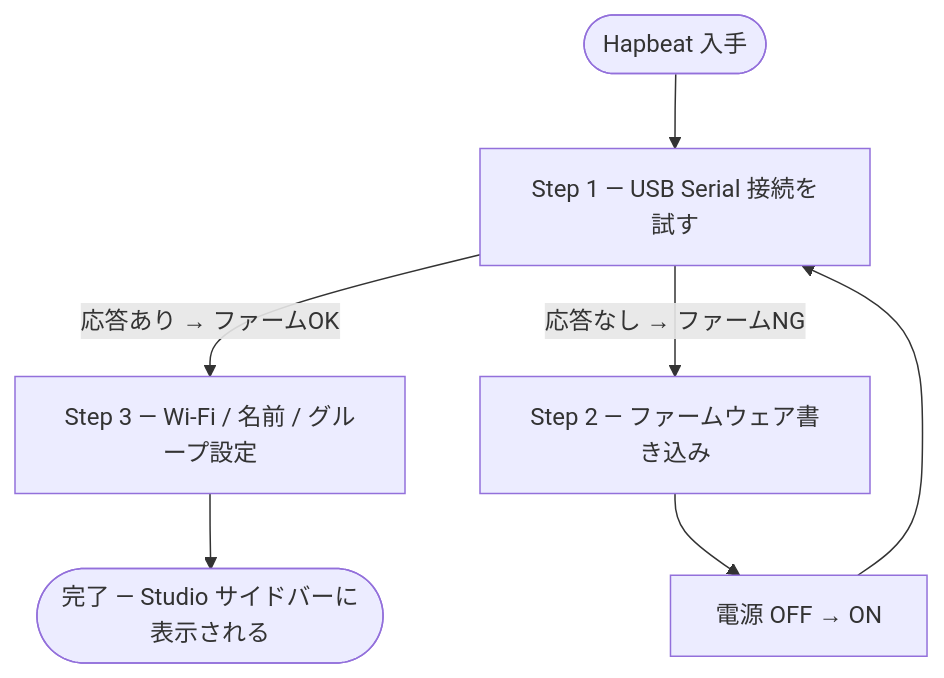
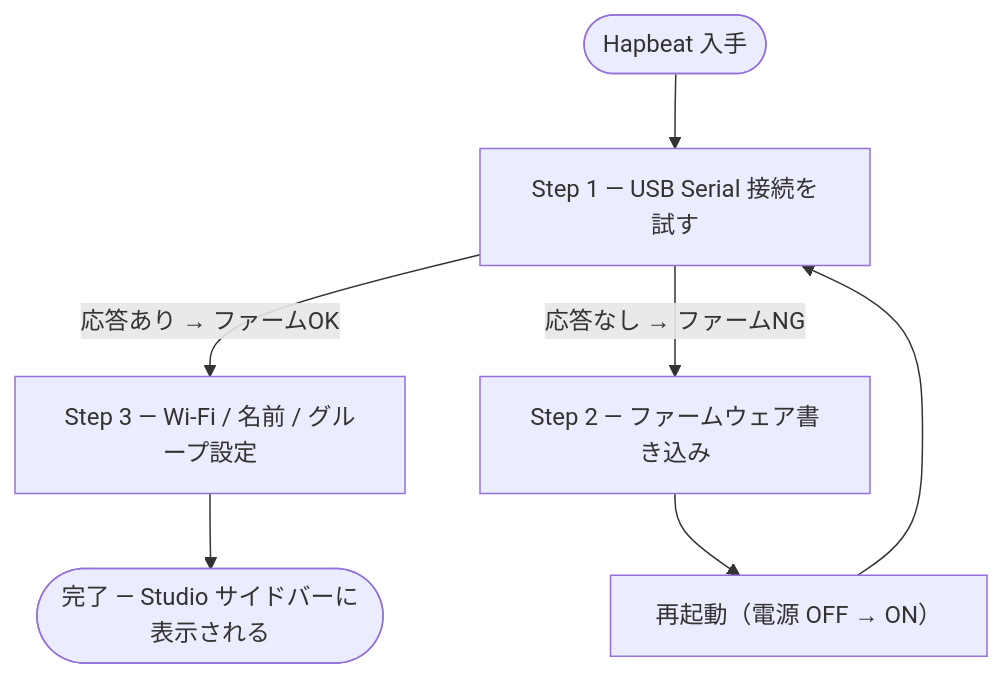
One commit to hapbeat/hapbeat-studio changed the diagram in docs/initial-setup.md. Above: the diagram before and after it, drawn with Mermaid.

Commit message:
initial-setup: 電源OFF/ONノードのラベル修正

````diff
--- a/docs/initial-setup.md
+++ b/docs/initial-setup.md
@@ -22,12 +22,12 @@
 ```mermaid
 flowchart TD
     A([Hapbeat 入手]) --> B
     B["Step 1 — USB Serial 接続を試す"]
     B -->|応答あり → ファームOK| D
     B -->|応答なし → ファームNG| C
     C["Step 2 — ファームウェア書き込み"]
-    C --> E["電源 OFF → ON"]
+    C --> E["再起動（電源 OFF → ON）"]
     E --> B
     D["Step 3 — Wi-Fi / 名前 / グループ設定"]
     D --> F([完了 — Studio サイドバーに表示される])
 ```
````
